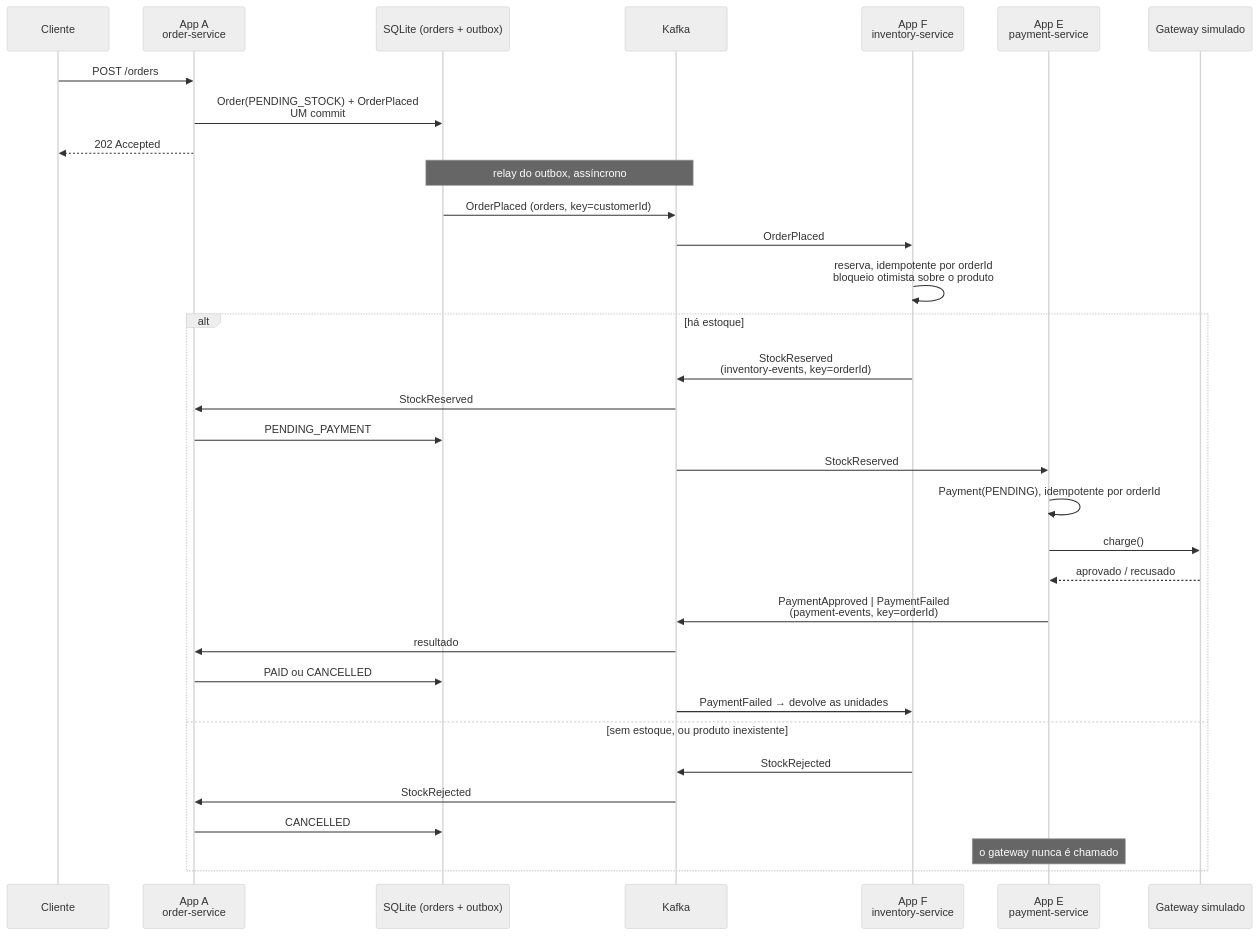
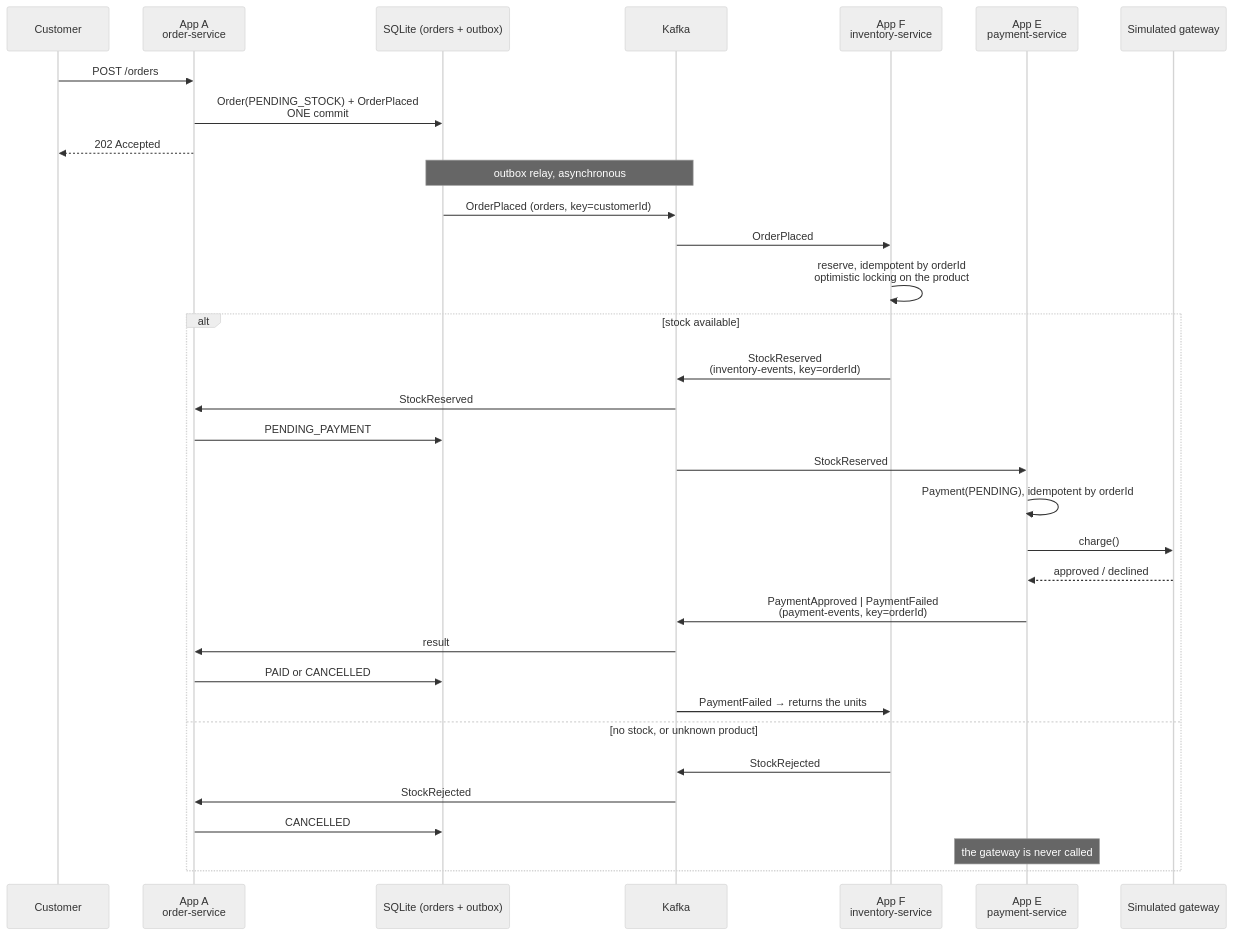
Before and after one commit to joaolaureano/training_kafka: the second of 7 diagrams in README.md, drawn with Mermaid (neutral theme). The commit also changed other lines of this file and 1 other file, not shown here.

````diff
--- a/README.md
+++ b/README.md
@@ -65,36 +65,36 @@
 ```mermaid
 sequenceDiagram
-    participant C as Cliente
+    participant C as Customer
     participant O as App A<br/>order-service
     participant DB as SQLite (orders + outbox)
     participant K as Kafka
     participant I as App F<br/>inventory-service
     participant P as App E<br/>payment-service
-    participant G as Gateway simulado
+    participant G as Simulated gateway
 
     C->>O: POST /orders
-    O->>DB: Order(PENDING_STOCK) + OrderPlaced<br/>UM commit
+    O->>DB: Order(PENDING_STOCK) + OrderPlaced<br/>ONE commit
     O-->>C: 202 Accepted
-    Note over DB,K: relay do outbox, assíncrono
+    Note over DB,K: outbox relay, asynchronous
     DB->>K: OrderPlaced (orders, key=customerId)
     K->>I: OrderPlaced
-    I->>I: reserva, idempotente por orderId<br/>bloqueio otimista sobre o produto
-    alt há estoque
+    I->>I: reserve, idempotent by orderId<br/>optimistic locking on the product
+    alt stock available
         I->>K: StockReserved<br/>(inventory-events, key=orderId)
         K->>O: StockReserved
         O->>DB: PENDING_PAYMENT
         K->>P: StockReserved
-        P->>P: Payment(PENDING), idempotente por orderId
+        P->>P: Payment(PENDING), idempotent by orderId
         P->>G: charge()
-        G-->>P: aprovado / recusado
+        G-->>P: approved / declined
         P->>K: PaymentApproved | PaymentFailed<br/>(payment-events, key=orderId)
-        K->>O: resultado
-        O->>DB: PAID ou CANCELLED
-        K->>I: PaymentFailed → devolve as unidades
-    else sem estoque, ou produto inexistente
+        K->>O: result
+        O->>DB: PAID or CANCELLED
+        K->>I: PaymentFailed → returns the units
+    else no stock, or unknown product
         I->>K: StockRejected
         K->>O: StockRejected
         O->>DB: CANCELLED
-        Note over P: o gateway nunca é chamado
+        Note over P: the gateway is never called
     end
 ```
````
